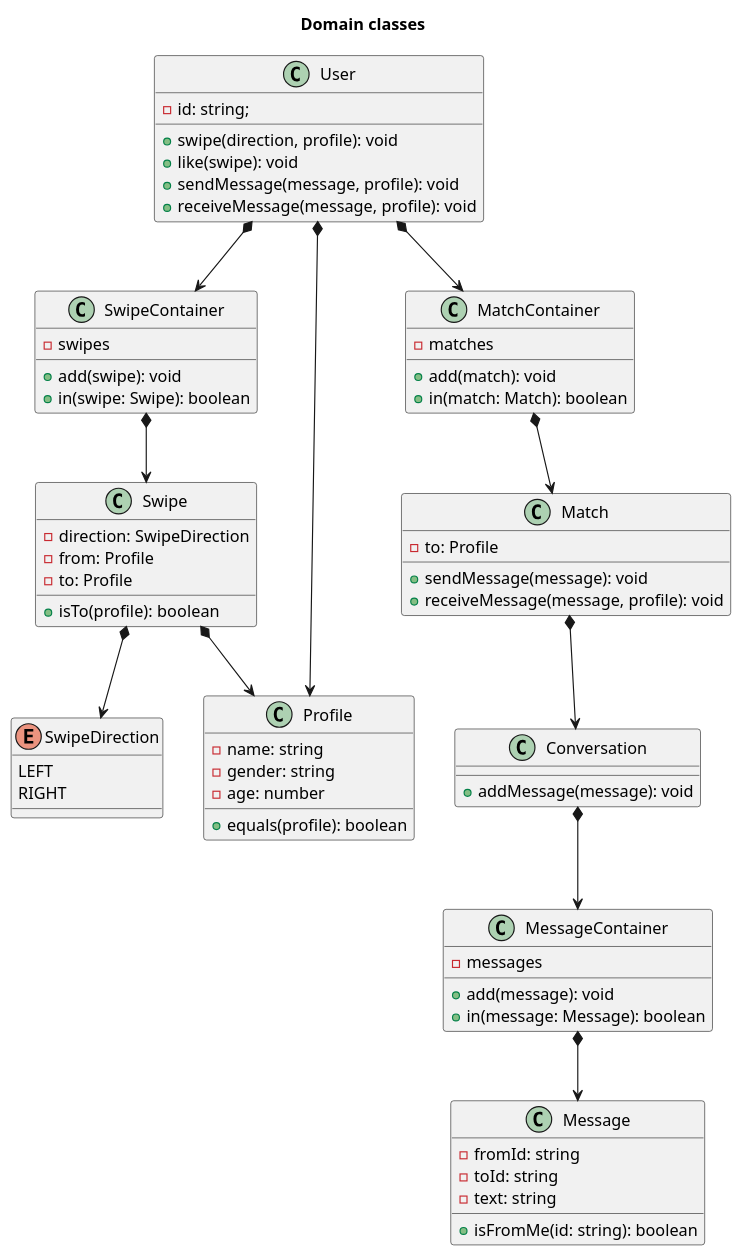
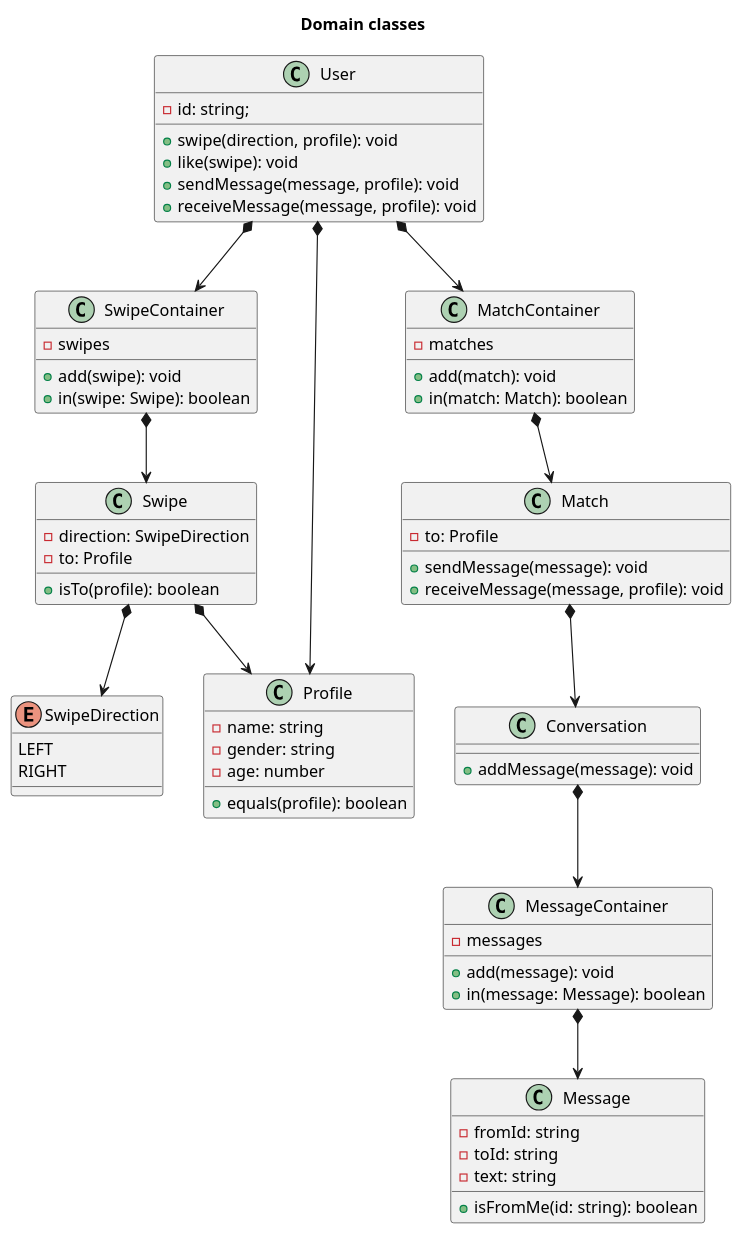
Before and after one commit to fraylopez/tinder: the diagram in docs/src/design/design.puml, drawn with PlantUML.

Commit message:
chore: removing shit

```diff
--- a/docs/src/design/design.puml
+++ b/docs/src/design/design.puml
@@ -1,101 +1,100 @@
 @startuml Domain classes
 title Domain classes
 
 ' enum SessionState {
 '   INITIAL
 '   SWIPING
 '   CONVERSATION
 '   PROFILE
 '   MATCH_LIST
 ' }
 
 ' class Session {
 '   state: SessionState
 '   profile: Profile
 ' }
 
 class User {
   - id: string;
 
   + swipe(direction, profile): void
   + like(swipe): void
   + sendMessage(message, profile): void
   + receiveMessage(message, profile): void
 }
 
 class SwipeContainer {
   - swipes
 
   + add(swipe): void
   + in(swipe: Swipe): boolean
 }
 
 class Swipe {
   - direction: SwipeDirection
-  - from: Profile
   - to: Profile
 
   + isTo(profile): boolean
 }
 
 enum SwipeDirection {
   LEFT
   RIGHT
 }
 
 class Profile {
   - name: string
   - gender: string
   - age: number
 
   + equals(profile): boolean
 }
 
 class Conversation {
   + addMessage(message): void
 }
 
 class MessageContainer {
   - messages
 
   + add(message): void
   + in(message: Message): boolean
 }
 
 class Message {
   - fromId: string
   - toId: string
   - text: string
 
   + isFromMe(id: string): boolean
 }
 
 class MatchContainer {
   - matches
 
   + add(match): void
   + in(match: Match): boolean
 }
 
 class Match {
   - to: Profile
 
   + sendMessage(message): void
   + receiveMessage(message, profile): void
 }
 
 
 User *--> Profile
 User *--> SwipeContainer
 SwipeContainer *--> Swipe
 User *--> MatchContainer
 MatchContainer *--> Match
 Match *--> Conversation
 Conversation *--> MessageContainer
 MessageContainer *--> Message
 
 Swipe *--> Profile
 Swipe *--> SwipeDirection
 
 
 @enduml
```
